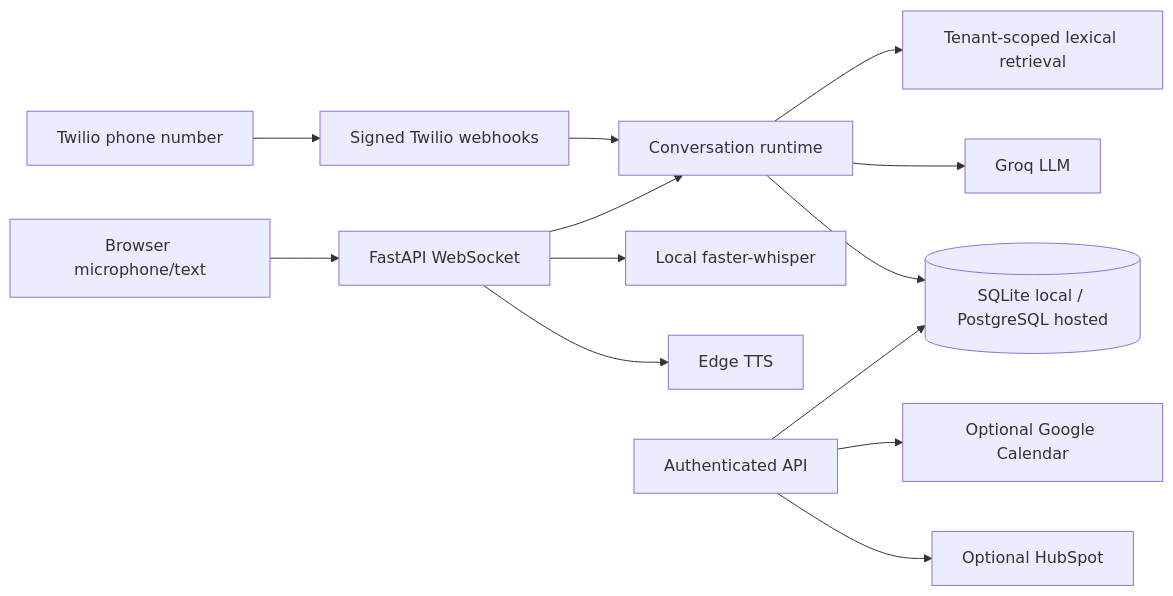
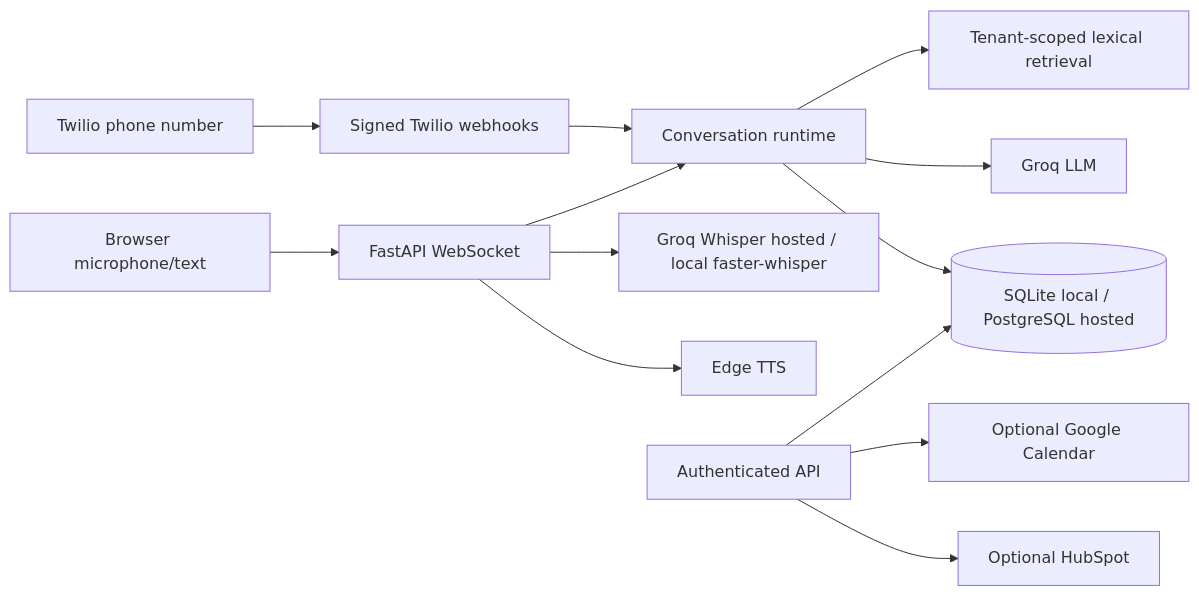
The diagram in README.md (AnvitDevadiga/vocalis), drawn with Mermaid before and after one commit. The commit also changed other lines of this file and 20 other files, not shown here.

````diff
--- a/README.md
+++ b/README.md
@@ -7,15 +7,15 @@
 ```mermaid
 flowchart LR
   Browser[Browser microphone/text] --> WS[FastAPI WebSocket]
   Twilio[Twilio phone number] --> Hook[Signed Twilio webhooks]
   WS --> Runtime[Conversation runtime]
   Hook --> Runtime
   Runtime --> RAG[Tenant-scoped lexical retrieval]
   Runtime --> Groq[Groq LLM]
   Runtime --> DB[(SQLite local / PostgreSQL hosted)]
-  WS --> Whisper[Local faster-whisper]
+  WS --> Whisper[Groq Whisper hosted / local faster-whisper]
   WS --> Edge[Edge TTS]
   API[Authenticated API] --> DB
   API --> Google[Optional Google Calendar]
   API --> HubSpot[Optional HubSpot]
 ```
````
